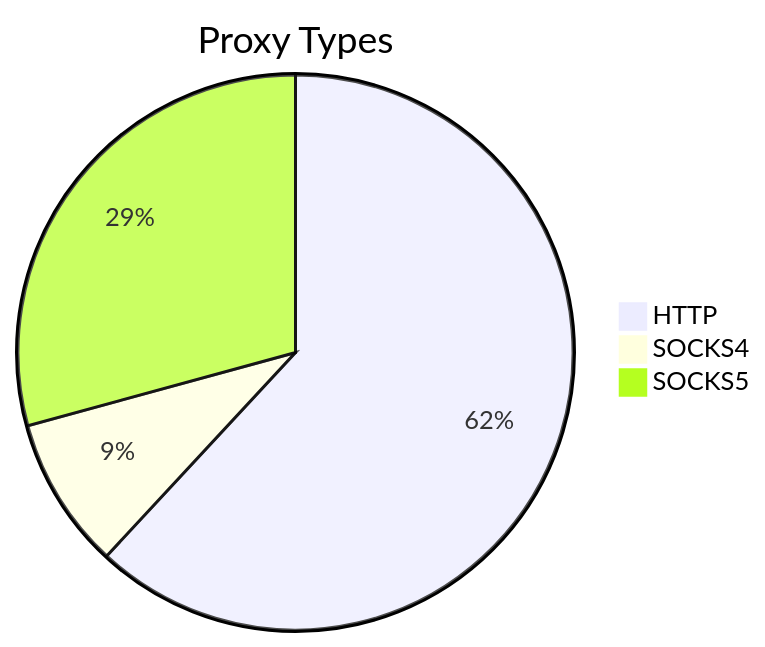
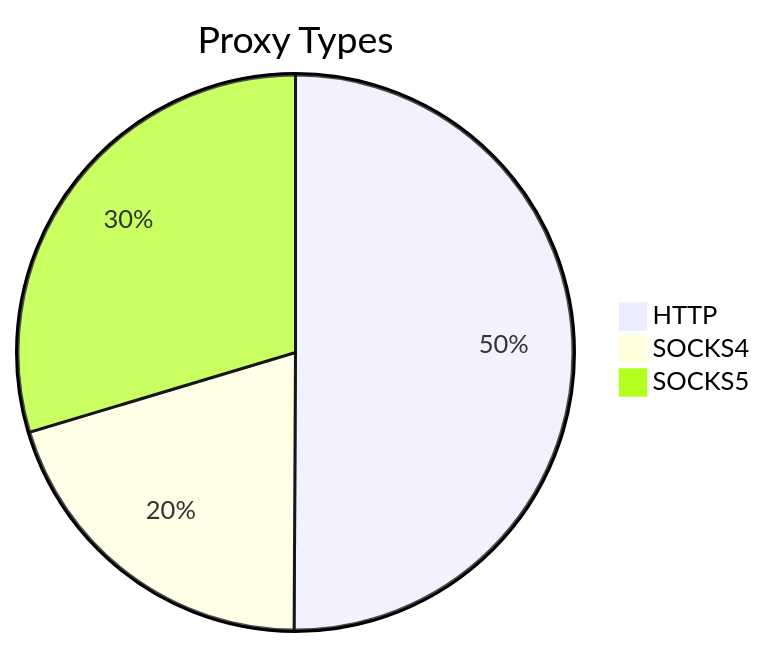
The first of 2 diagrams in README.md (stormsia/proxy-list), drawn with Mermaid before and after one commit. The commit also changed other lines of this file, not shown here.

````diff
--- a/README.md
+++ b/README.md
@@ -21,6 +21,6 @@
 ```mermaid
 pie title Proxy Types
-    "HTTP" : 91
-    "SOCKS4" : 13
-    "SOCKS5" : 43
+    "HTTP" : 316
+    "SOCKS4" : 128
+    "SOCKS5" : 187
 ```
````
